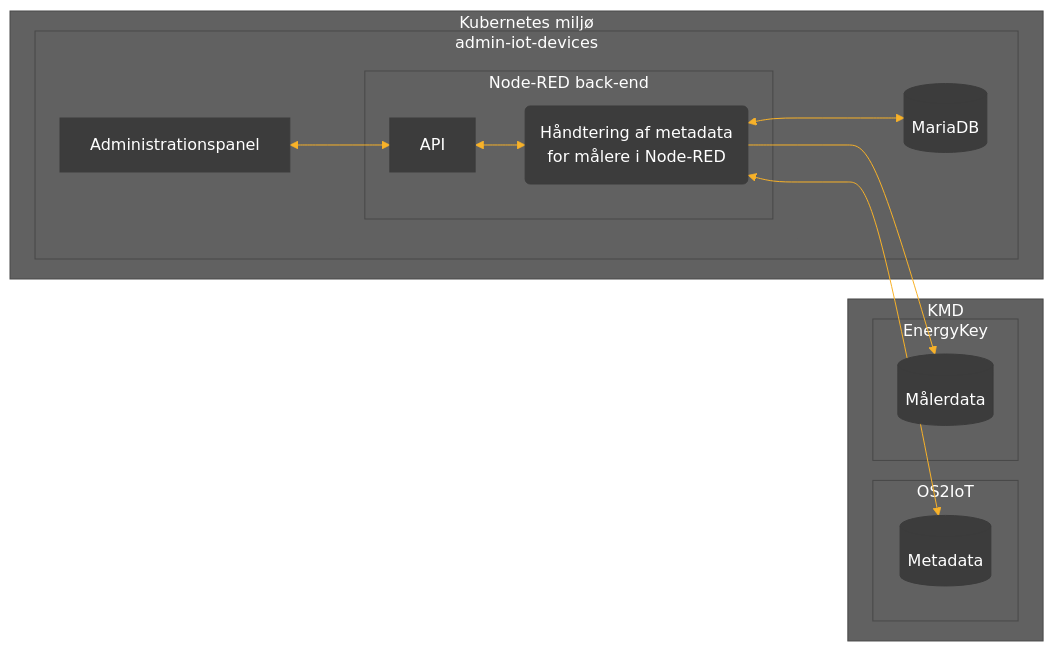
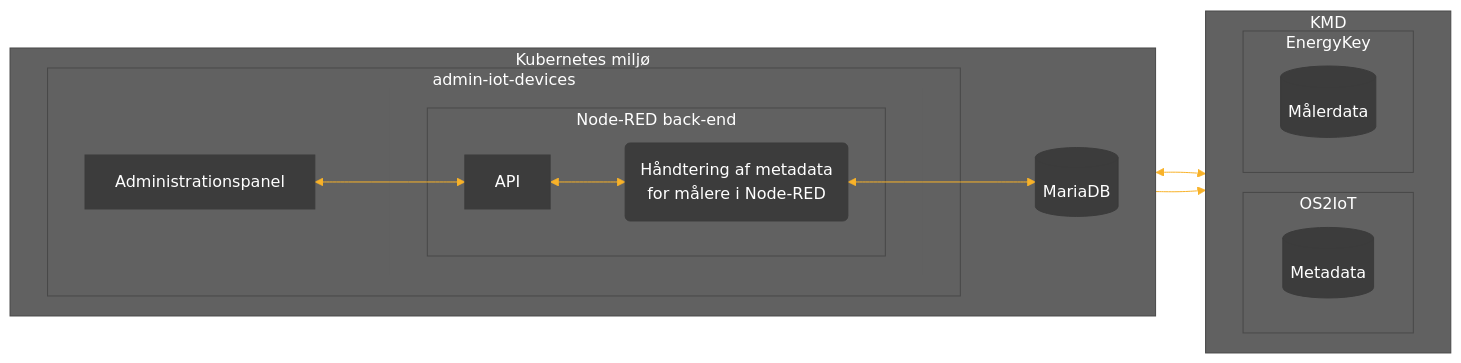
One commit to Randers-Kommune-Digitalisering/admin-iot-devices changed the diagram in README.md. Above: the diagram before and after it, drawn with Mermaid.

````diff
--- a/README.md
+++ b/README.md
@@ -13,57 +13,60 @@
 ```mermaid
 %%{
   init: {
     'theme': 'base',
     'themeVariables': {
       'primaryColor': '#3c3c3c',
       'primaryTextColor': '#fff',
       'primaryBorderColor': '#3c3c3c',
       'lineColor': '#F8B229',
       'secondaryColor': '#616161',
       'tertiaryColor': '#616161',
       'tertiaryTextColor': '#fff'
     }
   }
 }%%
 
 %% Upload af data %%
 flowchart LR
 
 	subgraph G1["Kubernetes miljø"]
+	    
+        direction LR
 	    subgraph SG2["admin-iot-devices"]
-	    
+	
 	    A["Administrationspanel"] 
 	    
 	        subgraph SG20 [ ]
 	            style SG20 stroke-dasharray: 0 1  
 	            subgraph SG21["Node-RED back-end"]
 
                     M0["API"]
 	            
 	                M1("
 	                Håndtering af metadata
 	                for målere i Node-RED
 	                ")
 	            end
 	        end
-
-		M2[(MariaDB)]
 	    end
+	            
+        M2[(MariaDB)]
 	end
 
 	subgraph G2["KMD"]
+        direction LR
 	    subgraph SG3["OS2IoT"]
 	        C[("Metadata")] 
 	    end
 	    
 	    subgraph SG4["EnergyKey"]
 	        D[("Målerdata")] 
 	    end
     end
     
     A<-->M0
     M0<-->M1
     M1<-->M2
 	M1<-->C
 	M1-->D
 ```
````
